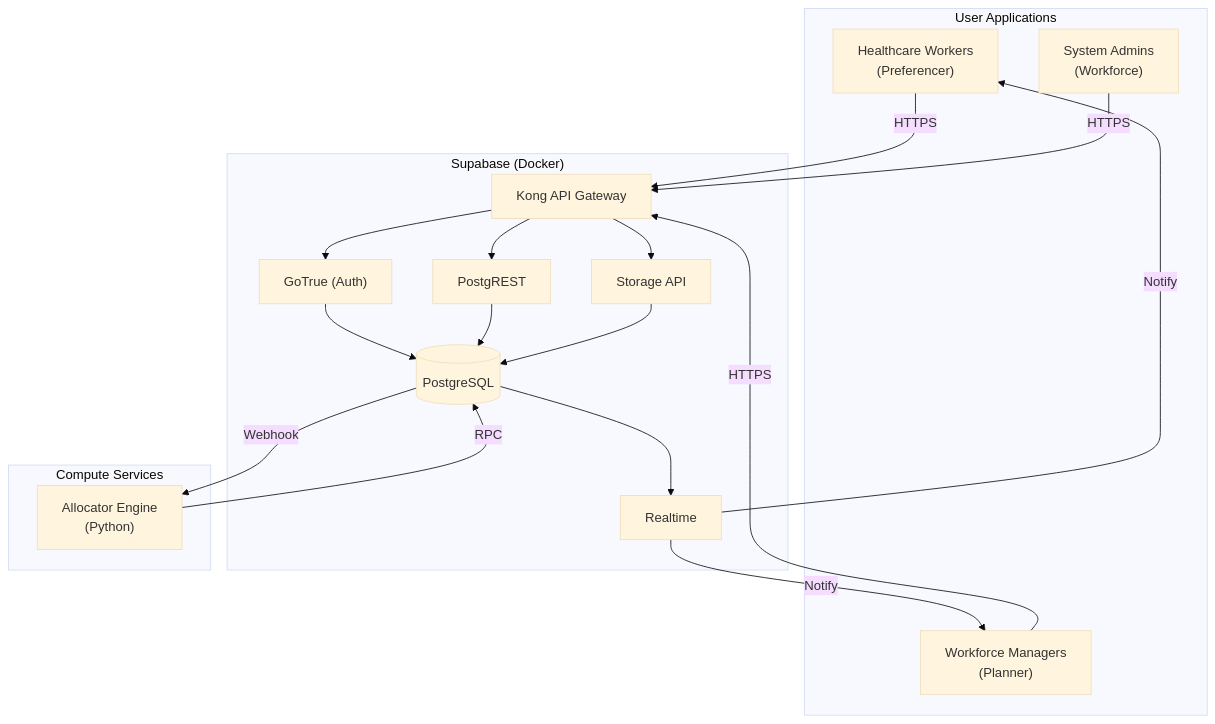
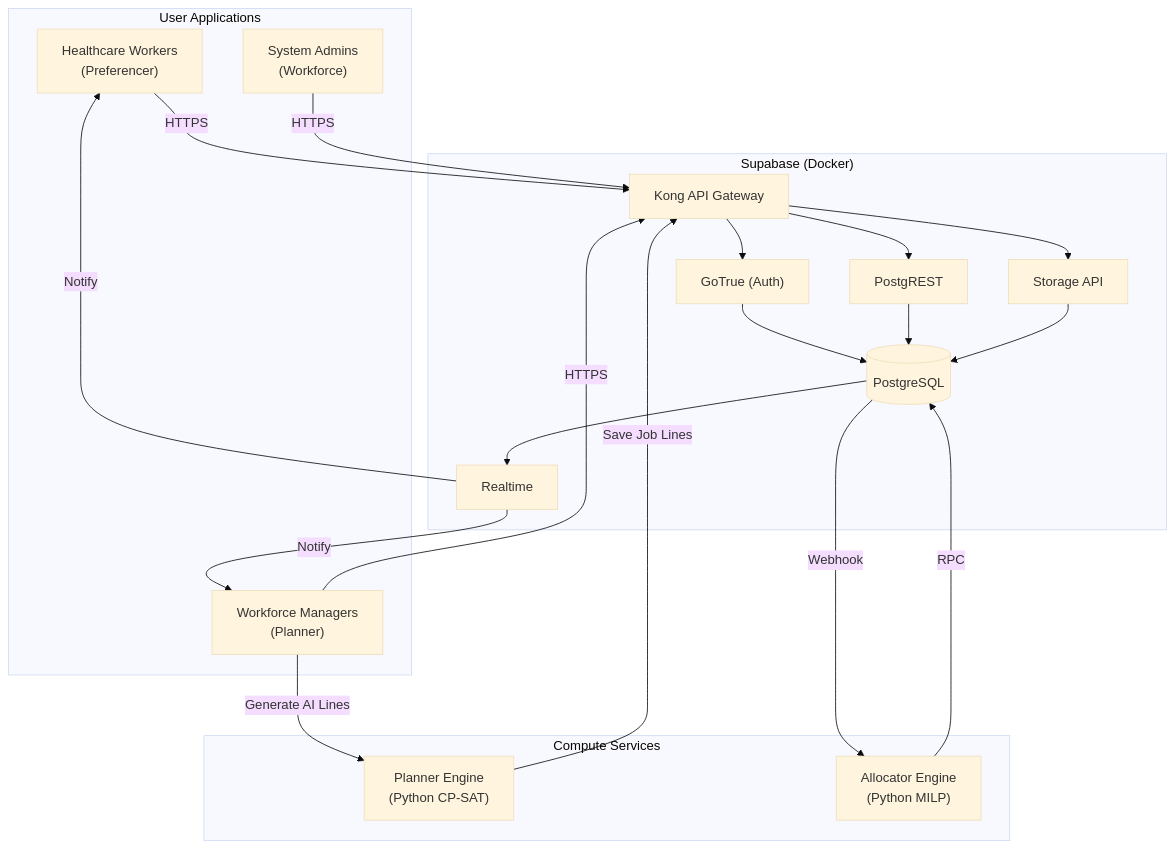
The second of 2 diagrams in docs/platform/architecture.md (dm-ra-01/doco-receptor-ecosystem), drawn with Mermaid (base theme) before and after one commit. The commit also changed other lines of this file and 31 other files, not shown here.

Commit message:
docs: enforce Australian English spelling and update architecture

````diff
--- a/docs/platform/architecture.md
+++ b/docs/platform/architecture.md
@@ -100,39 +104,42 @@
 ```mermaid
 graph TD
     subgraph Users ["User Applications"]
         WORKER["Healthcare Workers<br/>(Preferencer)"]
         MANAGER["Workforce Managers<br/>(Planner)"]
         ADMIN["System Admins<br/>(Workforce)"]
     end
     
     subgraph Supabase ["Supabase (Docker)"]
         KONG["Kong API Gateway"]
         AUTH["GoTrue (Auth)"]
         REST["PostgREST"]
         STORE["Storage API"]
         RT["Realtime"]
         DB[(PostgreSQL)]
         
         KONG --> AUTH
         KONG --> REST
         KONG --> STORE
         AUTH --> DB
         REST --> DB
         STORE --> DB
         DB --> RT
     end
     
     subgraph Compute ["Compute Services"]
-        ALLOC["Allocator Engine<br/>(Python)"]
+        PLAN_ENG["Planner Engine<br/>(Python CP-SAT)"]
+        ALLOC["Allocator Engine<br/>(Python MILP)"]
     end
     
     WORKER -->|HTTPS| KONG
     MANAGER -->|HTTPS| KONG
     ADMIN -->|HTTPS| KONG
     
+    MANAGER -->|Generate AI Lines| PLAN_ENG
+    PLAN_ENG -->|Save Job Lines| KONG
     DB -->|Webhook| ALLOC
     ALLOC -->|RPC| DB
     
     RT -->|Notify| WORKER
     RT -->|Notify| MANAGER
 ```
````
